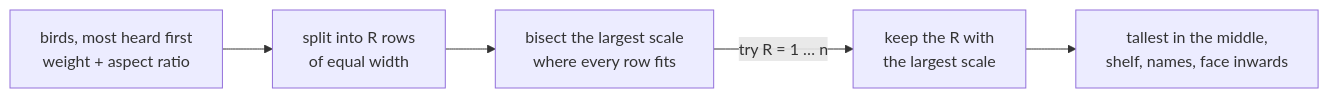
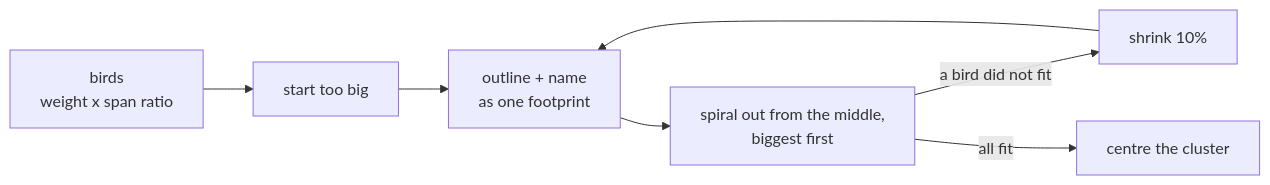
One commit to Filip-Pajalic/birdnet-go-frame changed the second of 4 diagrams in docs/explanation/image-pipeline.md. Above: the diagram before and after it, drawn with Mermaid. The commit also changed other lines of this file and 59 other files, not shown here.

````diff
--- a/docs/explanation/image-pipeline.md
+++ b/docs/explanation/image-pipeline.md
@@ -59,7 +89,9 @@
 ```mermaid
 flowchart LR
-    birds["birds, most heard first<br/>weight + aspect ratio"] --> split["split into R rows<br/>of equal width"]
-    split --> fit["bisect the largest scale<br/>where every row fits"]
-    fit -->|"try R = 1 … n"| best["keep the R with<br/>the largest scale"]
-    best --> place["tallest in the middle,<br/>shelf, names, face inwards"]
+    birds["birds<br/>weight x span ratio"] --> size["start too big"]
+    size --> foot["outline + name<br/>as one footprint"]
+    foot --> spiral["spiral out from the middle,<br/>biggest first"]
+    spiral -->|"a bird did not fit"| shrink["shrink 10%"]
+    shrink --> foot
+    spiral -->|"all fit"| centre["centre the cluster"]
 ```
````
